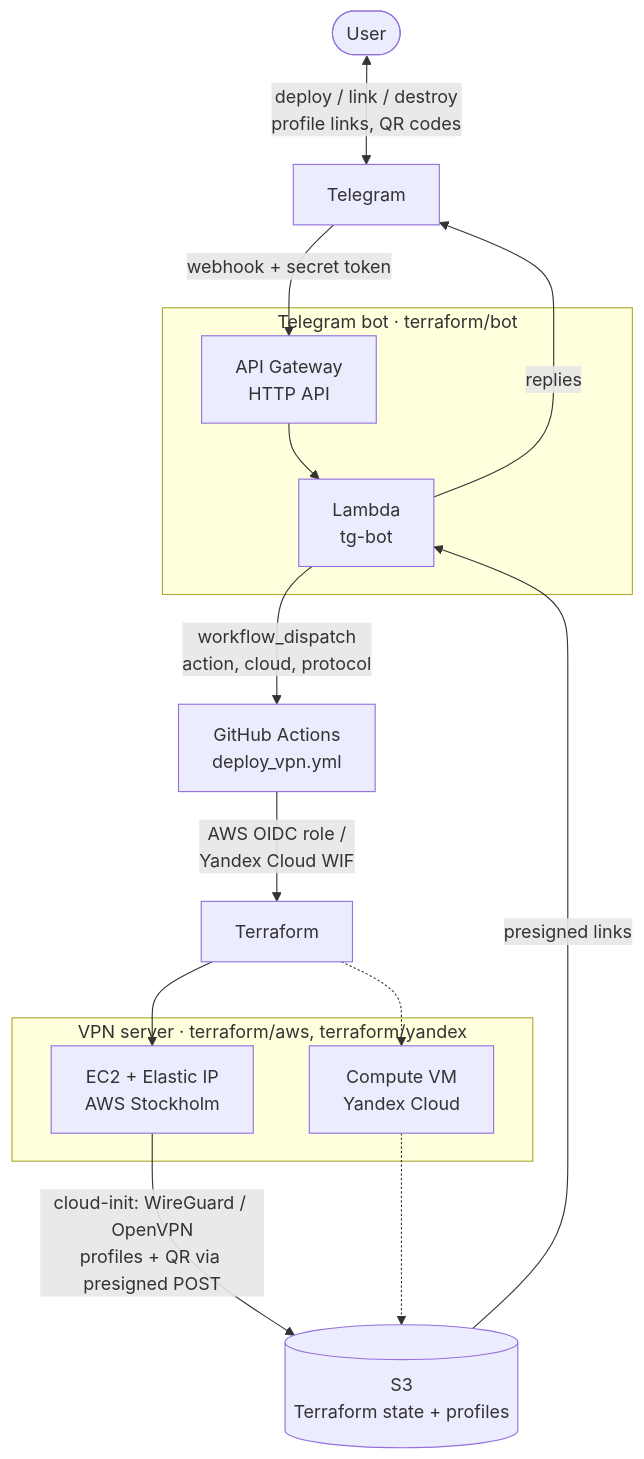
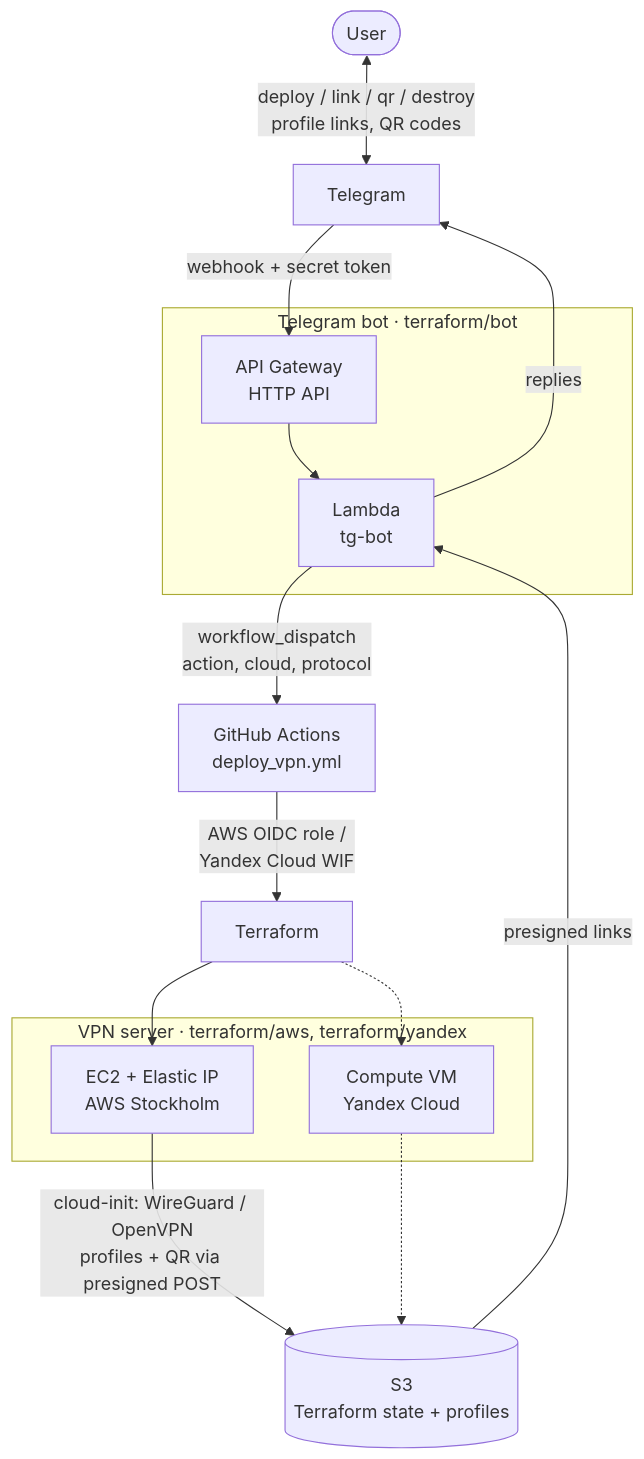
The diagram in README.md (eosklv/Telegram-VPN), drawn with Mermaid before and after one commit. The commit also changed other lines of this file and 3 other files, not shown here.

````diff
--- a/README.md
+++ b/README.md
@@ -43,24 +48,24 @@
 ```mermaid
 flowchart TD
-    user(["User"]) <-->|"deploy / link / destroy<br/>profile links, QR codes"| tg["Telegram"]
+    user(["User"]) <-->|"deploy / link / qr / destroy<br/>profile links, QR codes"| tg["Telegram"]
     tg -->|"webhook + secret token"| api
 
     subgraph bot_stack["Telegram bot · terraform/bot"]
         api["API Gateway<br/>HTTP API"] --> bot["Lambda<br/>tg-bot"]
     end
 
     bot -->|"workflow_dispatch<br/>action, cloud, protocol"| gha["GitHub Actions<br/>deploy_vpn.yml"]
     gha -->|"AWS OIDC role /<br/>Yandex Cloud WIF"| tf["Terraform"]
 
     subgraph servers["VPN server · terraform/aws, terraform/yandex"]
         ec2["EC2 + Elastic IP<br/>AWS Stockholm"]
         ycvm["Compute VM<br/>Yandex Cloud"]
     end
 
     tf --> ec2
     tf -.-> ycvm
     ec2 -->|"cloud-init: WireGuard / OpenVPN<br/>profiles + QR via presigned POST"| s3[("S3<br/>Terraform state + profiles")]
     ycvm -.-> s3
     s3 -->|"presigned links"| bot
     bot -->|"replies"| tg
 ```
````
